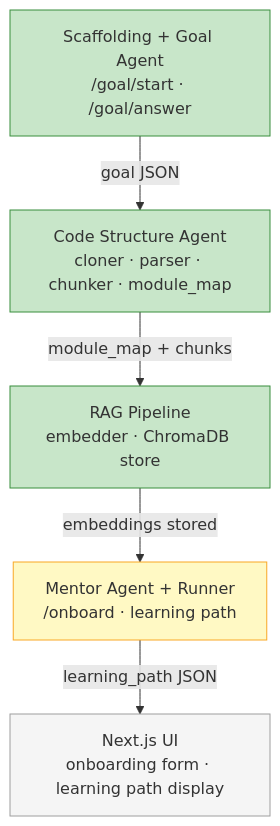
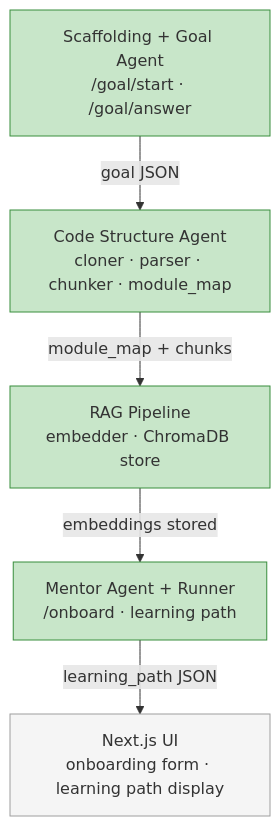
The diagram in docs/planning/phases/phase1.md (talziv2/CodeOnboard), drawn with Mermaid before and after one commit. The commit also changed other lines of this file and 3 other files, not shown here.

````diff
--- a/docs/planning/phases/phase1.md
+++ b/docs/planning/phases/phase1.md
@@ -11,19 +11,19 @@
 ```mermaid
 graph TB
     P1["Scaffolding + Goal Agent<br/>/goal/start · /goal/answer"]
     P2["Code Structure Agent<br/>cloner · parser · chunker · module_map"]
     P3["RAG Pipeline<br/>embedder · ChromaDB store"]
     P4["Mentor Agent + Runner<br/>/onboard · learning path"]
     P5["Next.js UI<br/>onboarding form · learning path display"]
 
     P1 -->|"goal JSON"| P2
     P2 -->|"module_map + chunks"| P3
     P3 -->|"embeddings stored"| P4
     P4 -->|"learning_path JSON"| P5
 
     style P1 fill:#c8e6c9,stroke:#388e3c
     style P2 fill:#c8e6c9,stroke:#388e3c
     style P3 fill:#c8e6c9,stroke:#388e3c
-    style P4 fill:#fff9c4,stroke:#f9a825
+    style P4 fill:#c8e6c9,stroke:#388e3c
     style P5 fill:#f5f5f5,stroke:#9e9e9e
 ```
````
